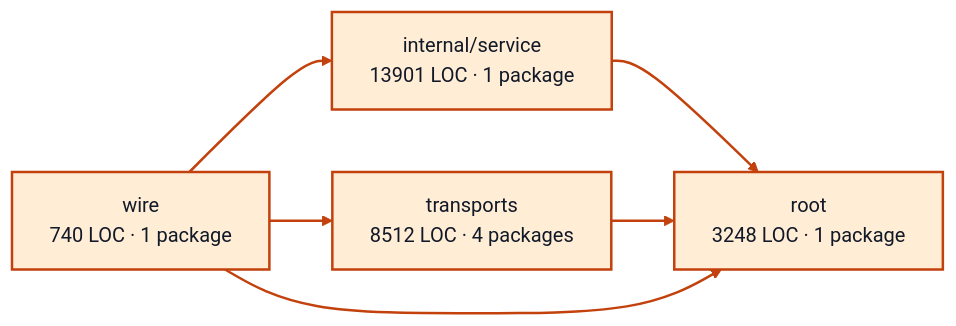
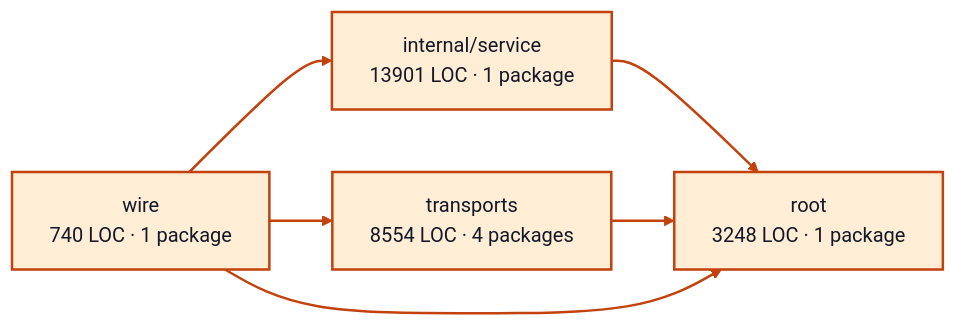
Before and after one commit to portpowered/you-agent-factory: the diagram in docs/architecture/visualizations/services/worker_sessions.md, drawn with Mermaid (neutral theme). The commit also changed other lines of this file and 20 other files, not shown here.

Commit message:
docs: refresh backend architecture visualizations

````diff
--- a/docs/architecture/visualizations/services/worker_sessions.md
+++ b/docs/architecture/visualizations/services/worker_sessions.md
@@ -11,17 +11,17 @@
 ```mermaid
 flowchart LR
   p0["internal/service<br/>13901 LOC · 1 package"]
   p1["root<br/>3248 LOC · 1 package"]
-  p2["transports<br/>8512 LOC · 4 packages"]
+  p2["transports<br/>8554 LOC · 4 packages"]
   p3["wire<br/>740 LOC · 1 package"]
   p0 --> p1
   p2 --> p1
   p3 --> p0
   p3 --> p1
   p3 --> p2
   style p0 fill:#ffedd5,stroke:#c2410c,stroke-width:2px,color:#111827
   style p1 fill:#ffedd5,stroke:#c2410c,stroke-width:2px,color:#111827
   style p2 fill:#ffedd5,stroke:#c2410c,stroke-width:2px,color:#111827
   style p3 fill:#ffedd5,stroke:#c2410c,stroke-width:2px,color:#111827
   linkStyle default stroke:#c2410c,stroke-width:2px
 ```
````
